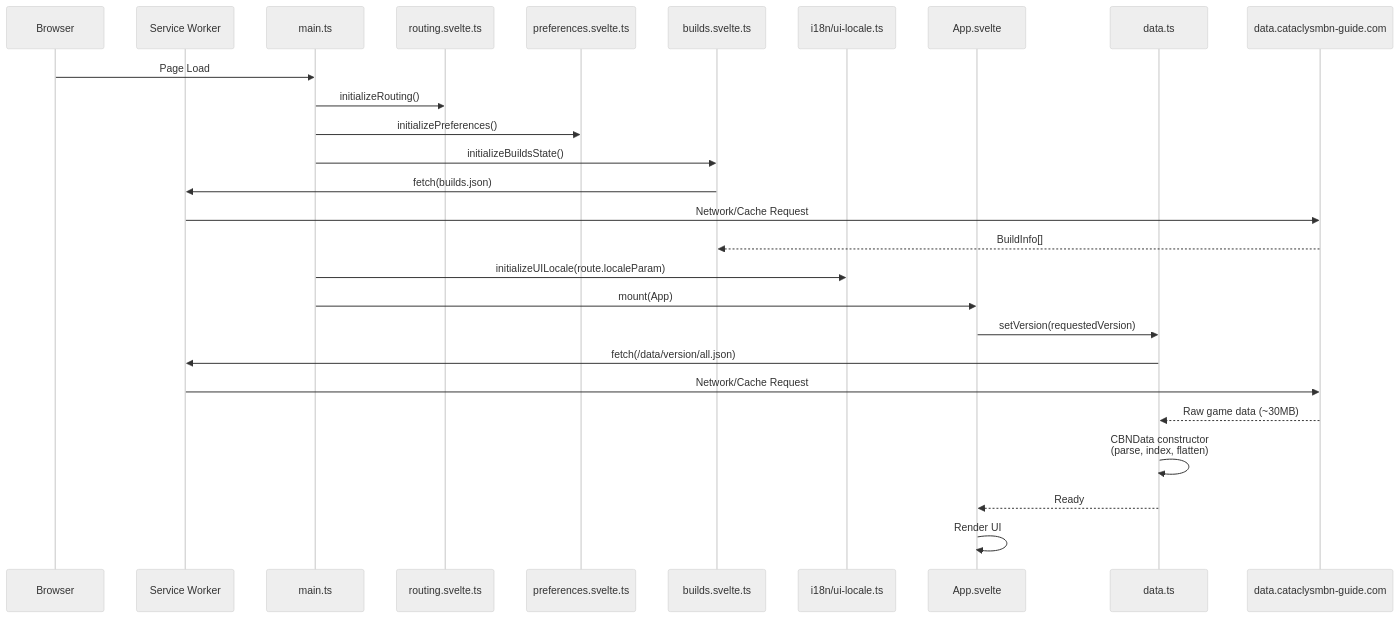
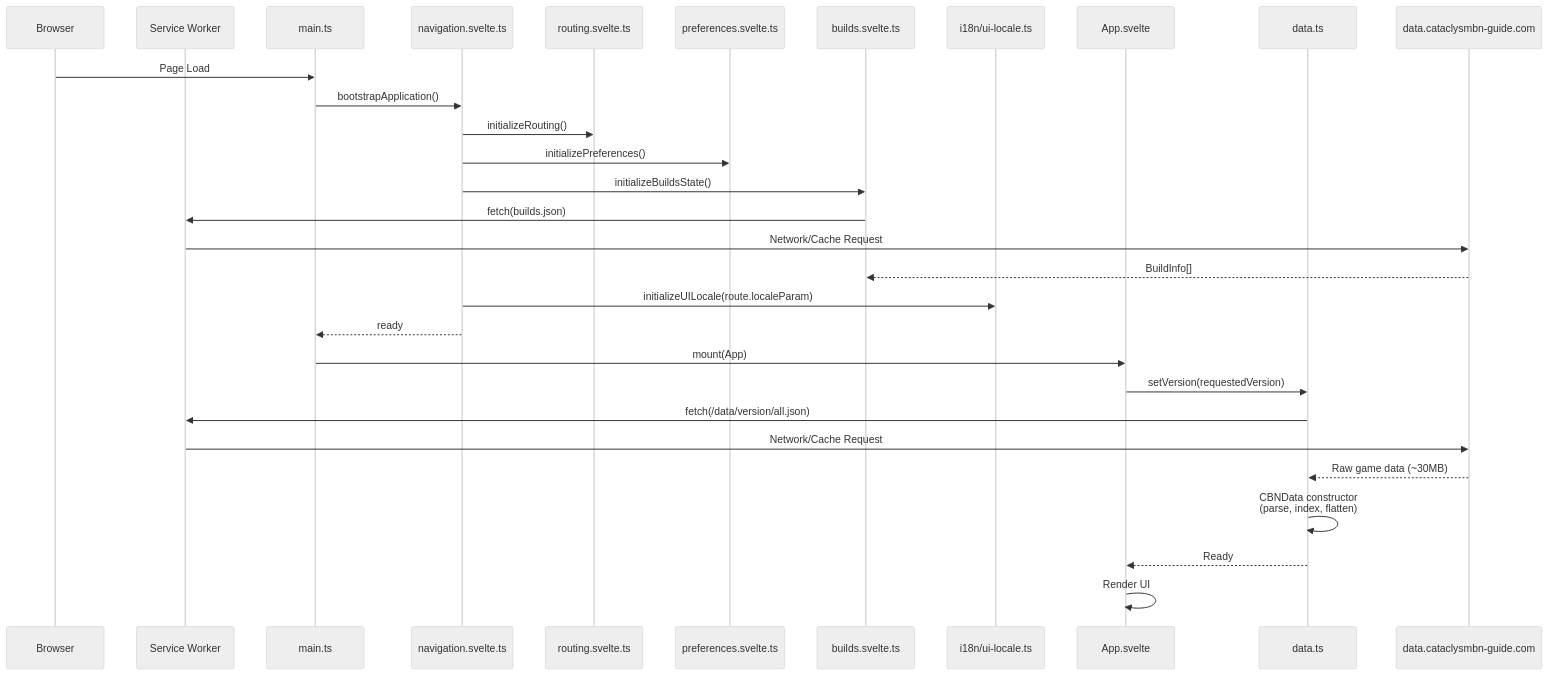
Before and after one commit to ushkinaz/cbn-guide: the fourth of 8 diagrams in docs/architecture.md, drawn with Mermaid (neutral theme). The commit also changed 1 other file, not shown here.

Commit message:
docs(architecture): update diagrams for navigation layer refactor
- Reflects new `navigation.svelte.ts` module in architecture and routing diagrams.
- Updates bootstrap flow to show separation of navigation, routing, prefs, and builds.

````diff
--- a/docs/architecture.md
+++ b/docs/architecture.md
@@ -161,33 +161,36 @@
 ```mermaid
 sequenceDiagram
     participant Browser
     participant SW as Service Worker
     participant Main as main.ts
+    participant Navigation as navigation.svelte.ts
     participant Route as routing.svelte.ts
     participant Prefs as preferences.svelte.ts
     participant Builds as builds.svelte.ts
     participant I18n as i18n/ui-locale.ts
     participant App as App.svelte
     participant Data as data.ts
     participant Ext as data.cataclysmbn-guide.com
 
     Browser->>Main: Page Load
-    Main->>Route: initializeRouting()
-    Main->>Prefs: initializePreferences()
-    Main->>Builds: initializeBuildsState()
+    Main->>Navigation: bootstrapApplication()
+    Navigation->>Route: initializeRouting()
+    Navigation->>Prefs: initializePreferences()
+    Navigation->>Builds: initializeBuildsState()
     Builds->>SW: fetch(builds.json)
     SW->>Ext: Network/Cache Request
     Ext-->>Builds: BuildInfo[]
-    Main->>I18n: initializeUILocale(route.localeParam)
+    Navigation->>I18n: initializeUILocale(route.localeParam)
+    Navigation-->>Main: ready
     Main->>App: mount(App)
 
     App->>Data: setVersion(requestedVersion)
     Data->>SW: fetch(/data/version/all.json)
     SW->>Ext: Network/Cache Request
     Ext-->>Data: Raw game data (~30MB)
 
     Data->>Data: CBNData constructor<br/>(parse, index, flatten)
     Data-->>App: Ready
 
     App->>App: Render UI
 ```
````
